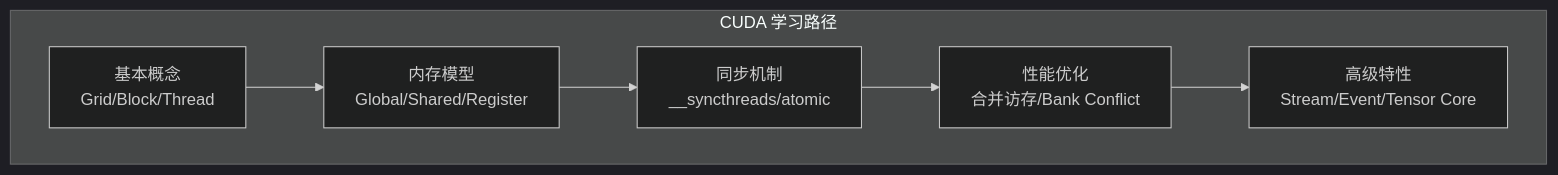
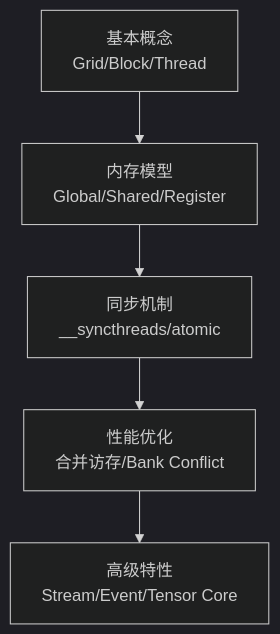
Before and after one commit to jpixy/jpixy.github.io: the eighth of 30 diagrams in content/articles/ai/ai-31-AI-C++工程师入门实战指南.md, drawn with Mermaid (dark theme). The commit also changed other lines of this file, not shown here.

Commit message:
fix: convert CUDA learning path diagram to vertical layout

````diff
--- a/content/articles/ai/ai-31-AI-C++工程师入门实战指南.md
+++ b/content/articles/ai/ai-31-AI-C++工程师入门实战指南.md
@@ -244,12 +245,13 @@
 ```mermaid
 graph TB
-    subgraph "CUDA 学习路径"
-        A["基本概念<br/>Grid/Block/Thread"]
-        B["内存模型<br/>Global/Shared/Register"]
-        C["同步机制<br/>__syncthreads/atomic"]
-        D["性能优化<br/>合并访存/Bank Conflict"]
-        E["高级特性<br/>Stream/Event/Tensor Core"]
-    end
+    A["基本概念<br/>Grid/Block/Thread"]
+    B["内存模型<br/>Global/Shared/Register"]
+    C["同步机制<br/>__syncthreads/atomic"]
+    D["性能优化<br/>合并访存/Bank Conflict"]
+    E["高级特性<br/>Stream/Event/Tensor Core"]
     
-    A --> B --> C --> D --> E
+    A --> B
+    B --> C
+    C --> D
+    D --> E
 ```
````
